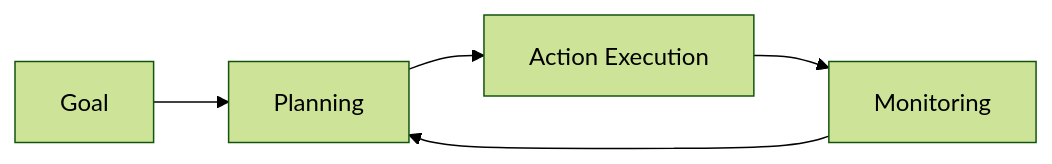
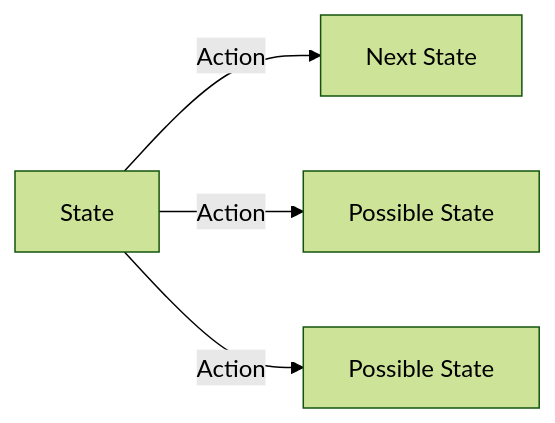
The second of 5 diagrams in docusaurus/docs/part-1/chapter-3.md (m-rizqinovniari/agentic-handbook), drawn with Mermaid (forest theme) before and after one commit. The commit also changed other lines of this file and 19 other files, not shown here.

````diff
--- a/docusaurus/docs/part-1/chapter-3.md
+++ b/docusaurus/docs/part-1/chapter-3.md
@@ -160,7 +187,6 @@
 ```mermaid
-flowchart LR
-    A[Goal] --> B[Planning]
-    B --> C[Action Execution]
-    C --> D[Monitoring]
-    D --> B
+graph LR
+    S[State] -->|Action| S1[Next State]
+    S -->|Action| S2[Possible State]
+    S -->|Action| S3[Possible State]
 ```
````
